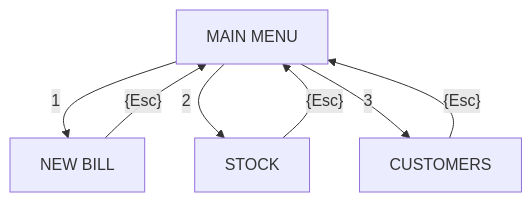
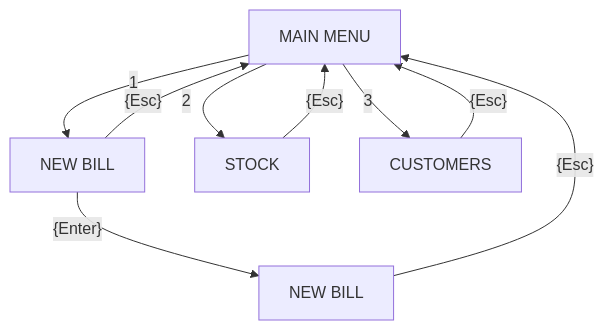
Before and after one commit to FahadRamxan/Afterlife---Kiroween-Hackathon: the diagram in packages/soul/src/__golden__/shifa/design.md, drawn with Mermaid. The commit also changed other lines of this file and 28 other files, not shown here.

````diff
--- a/packages/soul/src/__golden__/shifa/design.md
+++ b/packages/soul/src/__golden__/shifa/design.md
@@ -13,13 +13,16 @@
 ```mermaid
 graph TD
   s0["MAIN MENU"]
   s1["NEW BILL"]
-  s2["STOCK"]
-  s3["CUSTOMERS"]
+  s2["NEW BILL"]
+  s3["STOCK"]
+  s4["CUSTOMERS"]
   s0 -->|"1"| s1
-  s0 -->|"2"| s2
-  s0 -->|"3"| s3
+  s0 -->|"2"| s3
+  s0 -->|"3"| s4
+  s1 -->|"{Enter}"| s2
   s1 -->|"{Esc}"| s0
   s2 -->|"{Esc}"| s0
   s3 -->|"{Esc}"| s0
+  s4 -->|"{Esc}"| s0
 ```
````
